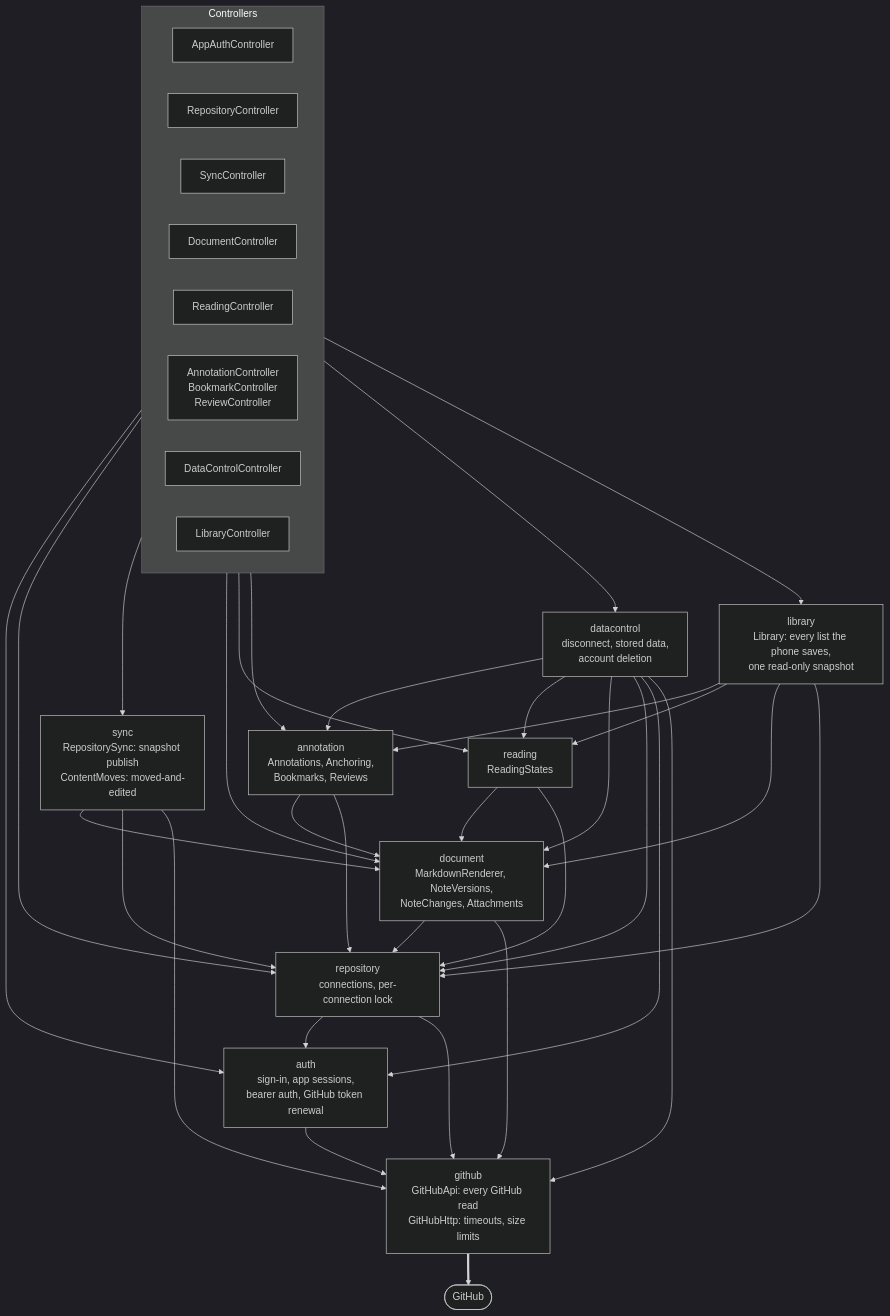
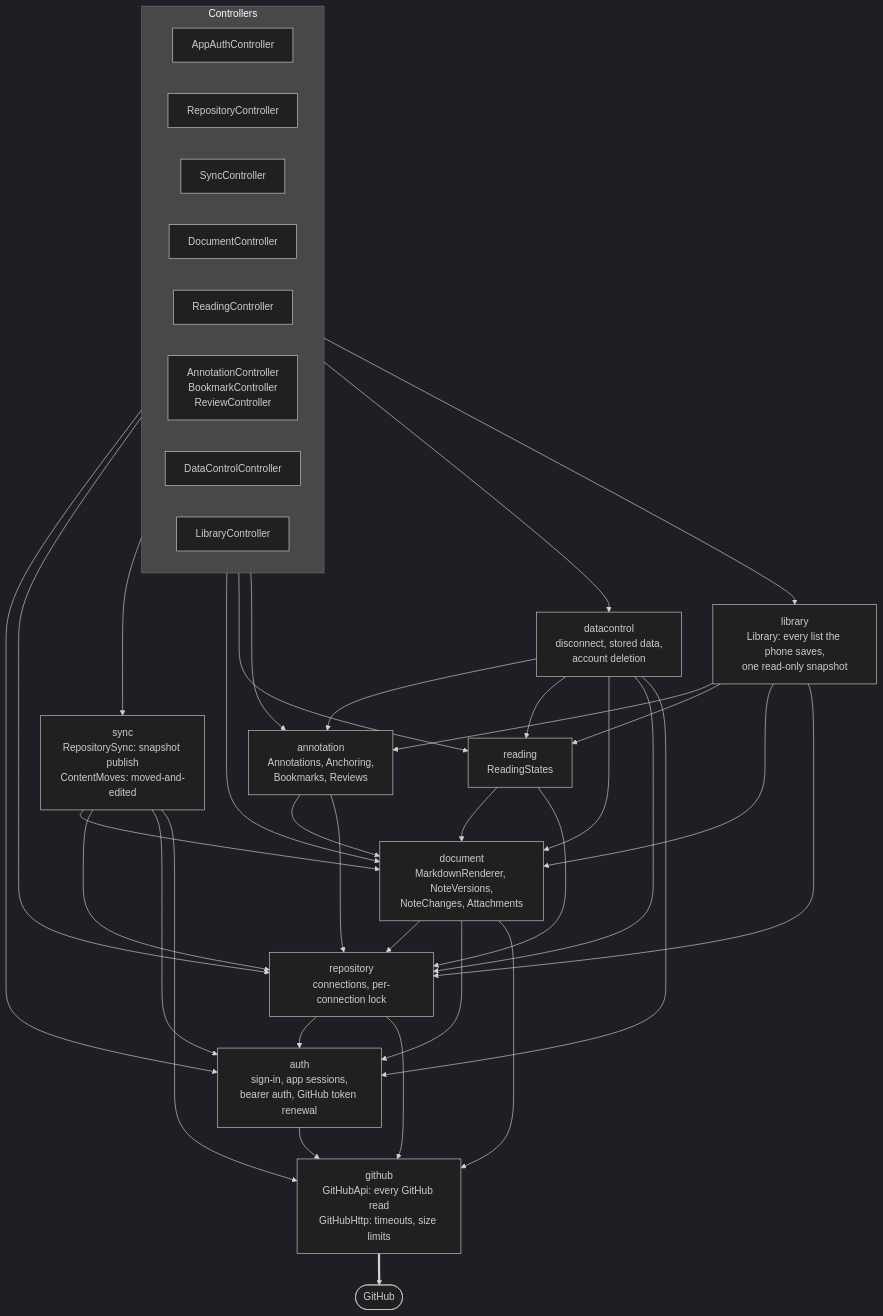
One commit to jaxwong/reporead changed the third of 12 diagrams in docs/architecture.md. Above: the diagram before and after it, drawn with Mermaid (dark theme). The commit also changed other lines of this file and 4 other files, not shown here.

````diff
--- a/docs/architecture.md
+++ b/docs/architecture.md
@@ -95,58 +95,59 @@
 ```mermaid
 flowchart TB
     subgraph HTTP["Controllers"]
         direction LR
         AuthC["AppAuthController"]
         RepoC["RepositoryController"]
         SyncC["SyncController"]
         DocC["DocumentController"]
         ReadC["ReadingController"]
         AnnC["AnnotationController<br/>BookmarkController<br/>ReviewController"]
         DataC["DataControlController"]
         LibC["LibraryController"]
     end
 
     datacontrol["datacontrol<br/>disconnect, stored data,<br/>account deletion"]
     library["library<br/>Library: every list the phone saves,<br/>one read-only snapshot"]
     sync["sync<br/>RepositorySync: snapshot publish<br/>ContentMoves: moved-and-edited"]
     annotation["annotation<br/>Annotations, Anchoring,<br/>Bookmarks, Reviews"]
     reading["reading<br/>ReadingStates"]
     document["document<br/>MarkdownRenderer, NoteVersions,<br/>NoteChanges, Attachments"]
     repository["repository<br/>connections, per-connection lock"]
     auth["auth<br/>sign-in, app sessions,<br/>bearer auth, GitHub token renewal"]
     github["github<br/>GitHubApi: every GitHub read<br/>GitHubHttp: timeouts, size limits"]
 
     AuthC --> auth
     RepoC --> repository
     SyncC --> sync
     DocC --> document
     ReadC --> reading
     AnnC --> annotation
     DataC --> datacontrol
     LibC --> library
 
     datacontrol --> annotation
     datacontrol --> reading
     datacontrol --> document
     datacontrol --> repository
     datacontrol --> auth
-    datacontrol --> github
     library --> annotation
     library --> reading
     library --> document
     library --> repository
     sync --> document
     sync --> repository
+    sync --> auth
     sync --> github
     annotation --> document
     annotation --> repository
     reading --> document
     reading --> repository
     document --> repository
+    document --> auth
     document --> github
     repository --> auth
     repository --> github
     auth --> github
 
     github ==> GH(["GitHub"])
 ```
````
